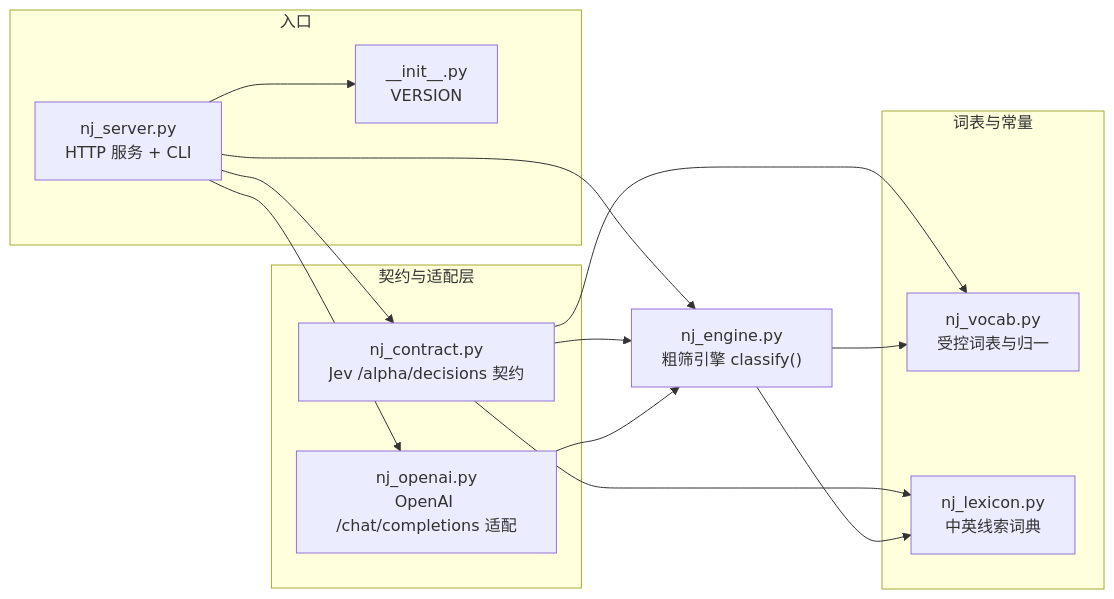
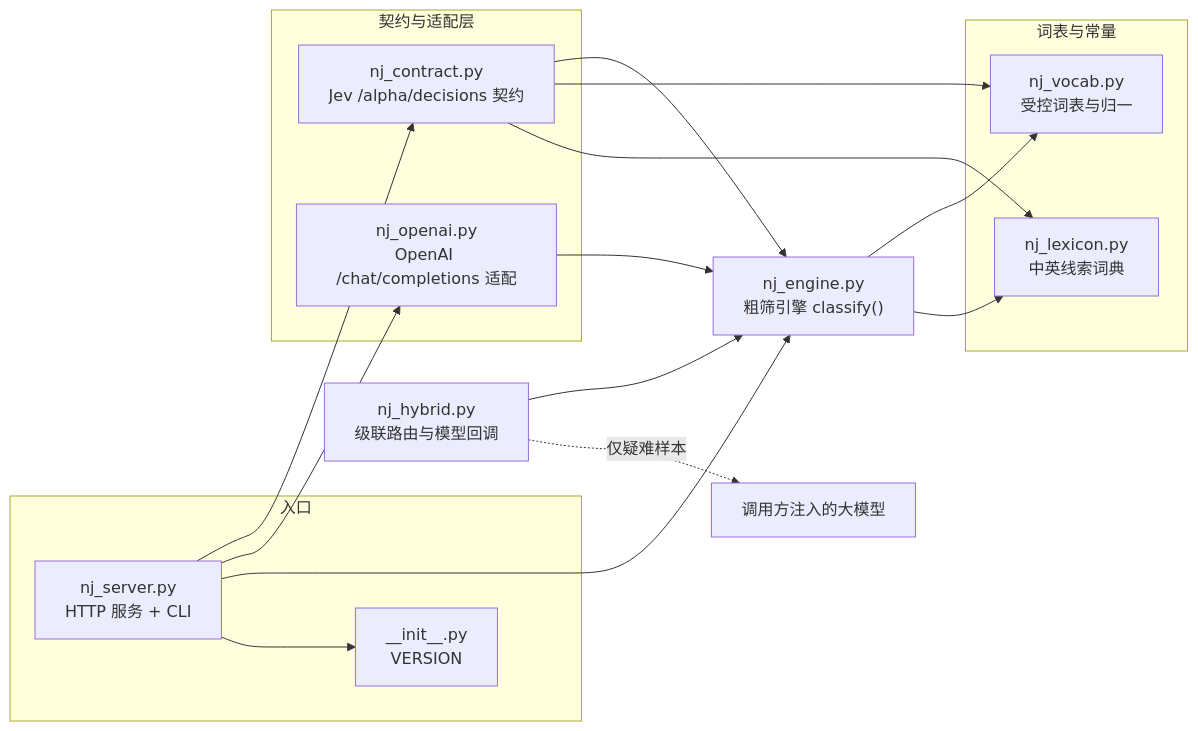
The first of 2 diagrams in README.zh-CN.md (JUNNYOfficial/nano_jev), drawn with Mermaid before and after one commit. The commit also changed other lines of this file and 4 other files, not shown here.

````diff
--- a/README.zh-CN.md
+++ b/README.zh-CN.md
@@ -157,30 +216,33 @@
 ```mermaid
 graph LR
     subgraph 入口
         SERVER["nj_server.py<br/>HTTP 服务 + CLI"]
         INIT["__init__.py<br/>VERSION"]
     end
 
     subgraph 契约与适配层
         CONTRACT["nj_contract.py<br/>Jev /alpha/decisions 契约"]
         OPENAI["nj_openai.py<br/>OpenAI /chat/completions 适配"]
     end
 
     ENGINE["nj_engine.py<br/>粗筛引擎 classify()"]
 
     subgraph 词表与常量
         VOCAB["nj_vocab.py<br/>受控词表与归一"]
         LEXICON["nj_lexicon.py<br/>中英线索词典"]
     end
 
     SERVER --> CONTRACT
     SERVER --> OPENAI
     SERVER --> ENGINE
     SERVER --> INIT
     CONTRACT --> ENGINE
     CONTRACT --> VOCAB
     CONTRACT --> LEXICON
     OPENAI --> ENGINE
+    HYBRID["nj_hybrid.py<br/>级联路由与模型回调"]
+    HYBRID --> ENGINE
+    HYBRID -. "仅疑难样本" .-> LLM["调用方注入的大模型"]
     ENGINE --> VOCAB
     ENGINE --> LEXICON
 ```
````
